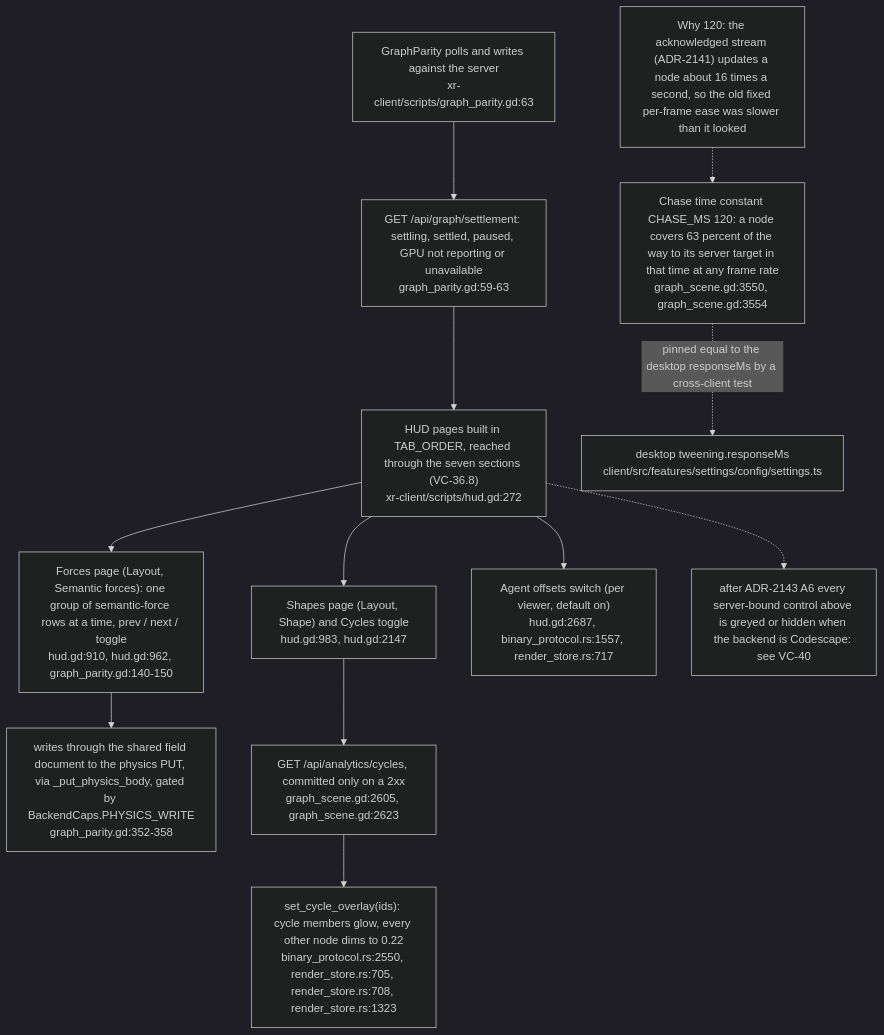
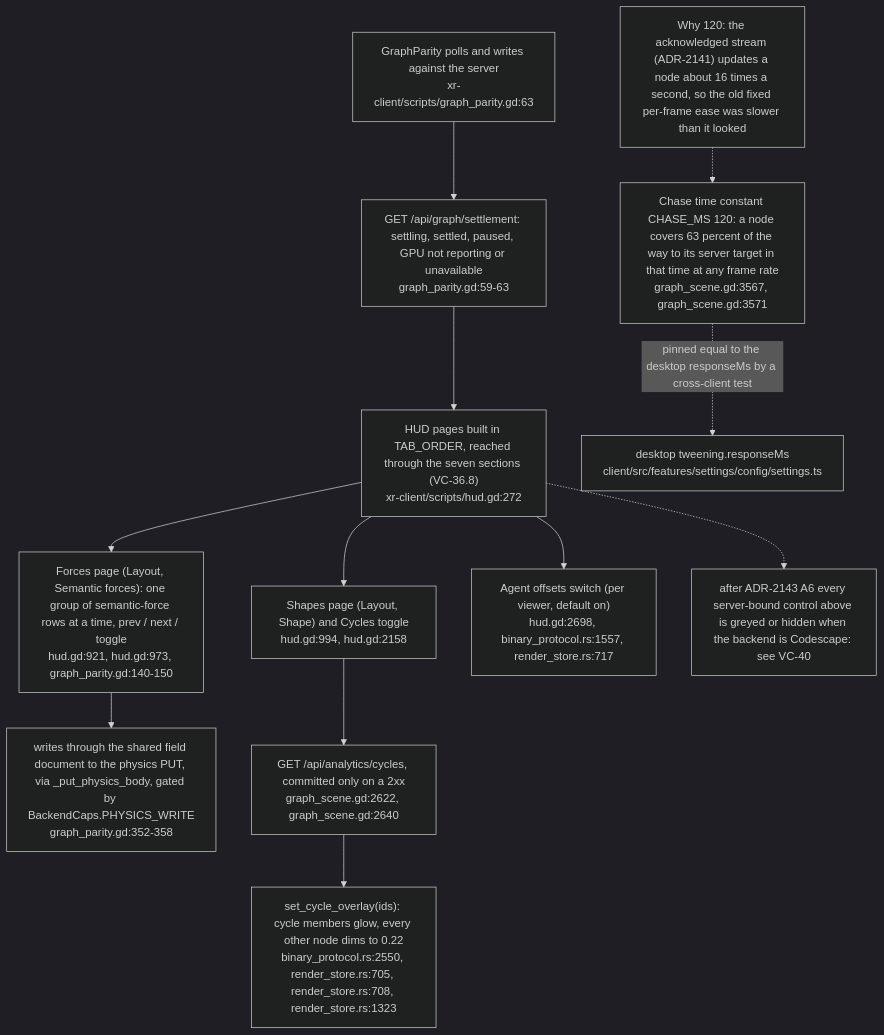
Diagram 27 of 30 in docs/diagrams/visionclaw/36-godot-xr-client.md (DreamLab-AI/VisionFlow), drawn with Mermaid (dark theme) before and after one commit. The commit also changed other lines of this file and 49 other files, not shown here.

First line of the commit message:
docs(diagrams): re-derive and re-stamp VisionClaw, estate, knowledge-graph, visionGraph, VisionFlow and sidestr topics

````diff
--- a/docs/diagrams/visionclaw/36-godot-xr-client.md
+++ b/docs/diagrams/visionclaw/36-godot-xr-client.md
@@ -1366,19 +1366,19 @@
 ```mermaid
 flowchart TB
     HUD["HUD pages built in TAB_ORDER, reached through the seven sections (VC-36.8)<br/>xr-client/scripts/hud.gd:272"]
     GP["GraphParity polls and writes against the server<br/>xr-client/scripts/graph_parity.gd:63"]
-    HUD --> F["Forces page (Layout, Semantic forces): one group of semantic-force rows at a time, prev / next / toggle<br/>hud.gd:910, hud.gd:962, graph_parity.gd:140-150"]
-    HUD --> S["Shapes page (Layout, Shape) and Cycles toggle<br/>hud.gd:983, hud.gd:2147"]
-    HUD --> AO["Agent offsets switch (per viewer, default on)<br/>hud.gd:2687, binary_protocol.rs:1557, render_store.rs:717"]
+    HUD --> F["Forces page (Layout, Semantic forces): one group of semantic-force rows at a time, prev / next / toggle<br/>hud.gd:921, hud.gd:973, graph_parity.gd:140-150"]
+    HUD --> S["Shapes page (Layout, Shape) and Cycles toggle<br/>hud.gd:994, hud.gd:2158"]
+    HUD --> AO["Agent offsets switch (per viewer, default on)<br/>hud.gd:2698, binary_protocol.rs:1557, render_store.rs:717"]
     F --> PUT["writes through the shared field document to the physics PUT, via _put_physics_body, gated by BackendCaps.PHYSICS_WRITE<br/>graph_parity.gd:352-358"]
-    S --> CY["GET /api/analytics/cycles, committed only on a 2xx<br/>graph_scene.gd:2605, graph_scene.gd:2623"]
+    S --> CY["GET /api/analytics/cycles, committed only on a 2xx<br/>graph_scene.gd:2622, graph_scene.gd:2640"]
     CY --> OV["set_cycle_overlay(ids): cycle members glow, every other node dims to 0.22<br/>binary_protocol.rs:2550, render_store.rs:705, render_store.rs:708, render_store.rs:1323"]
     GP --> ST["GET /api/graph/settlement: settling, settled, paused, GPU not reporting or unavailable<br/>graph_parity.gd:59-63"]
     ST --> HUD
-    CH["Chase time constant CHASE_MS 120: a node covers 63 percent of the way to its server target in that time at any frame rate<br/>graph_scene.gd:3550, graph_scene.gd:3554"]
+    CH["Chase time constant CHASE_MS 120: a node covers 63 percent of the way to its server target in that time at any frame rate<br/>graph_scene.gd:3567, graph_scene.gd:3571"]
     CH -. "pinned equal to the desktop responseMs by a cross-client test" .-> DESK["desktop tweening.responseMs<br/>client/src/features/settings/config/settings.ts"]
     ACK["Why 120: the acknowledged stream (ADR-2141) updates a node about 16 times a second, so the old fixed per-frame ease was slower than it looked"]
     ACK -.-> CH
     CAP["after ADR-2143 A6 every server-bound control above is greyed or hidden when the backend is Codescape: see VC-40"]
     HUD -.-> CAP
 ```
````
